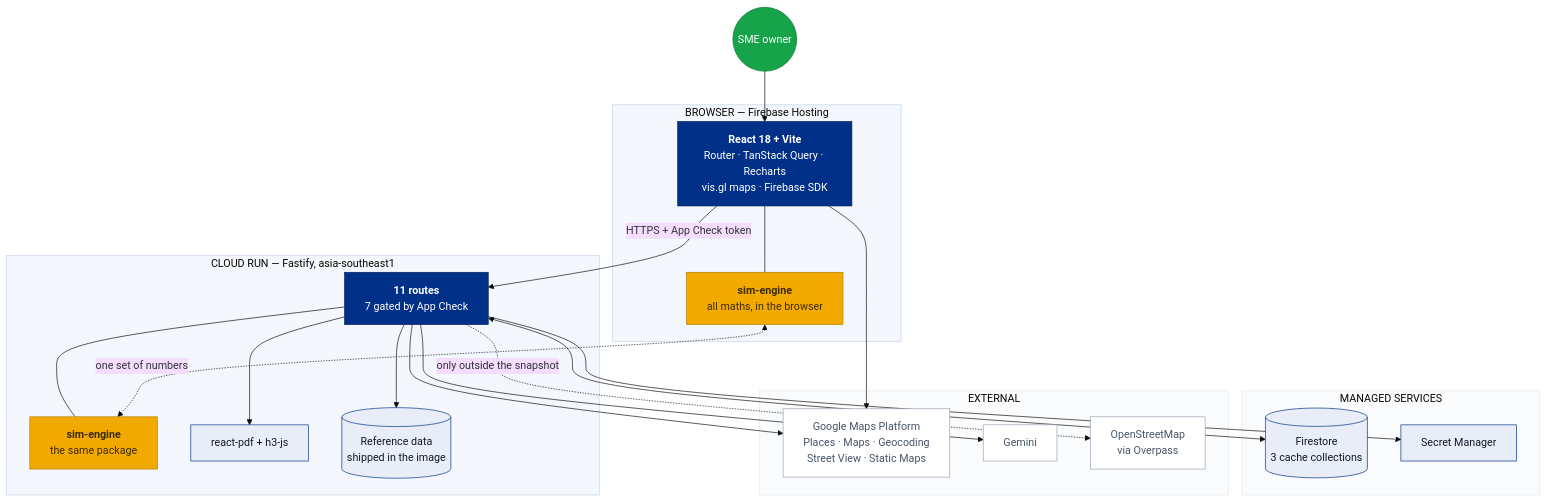
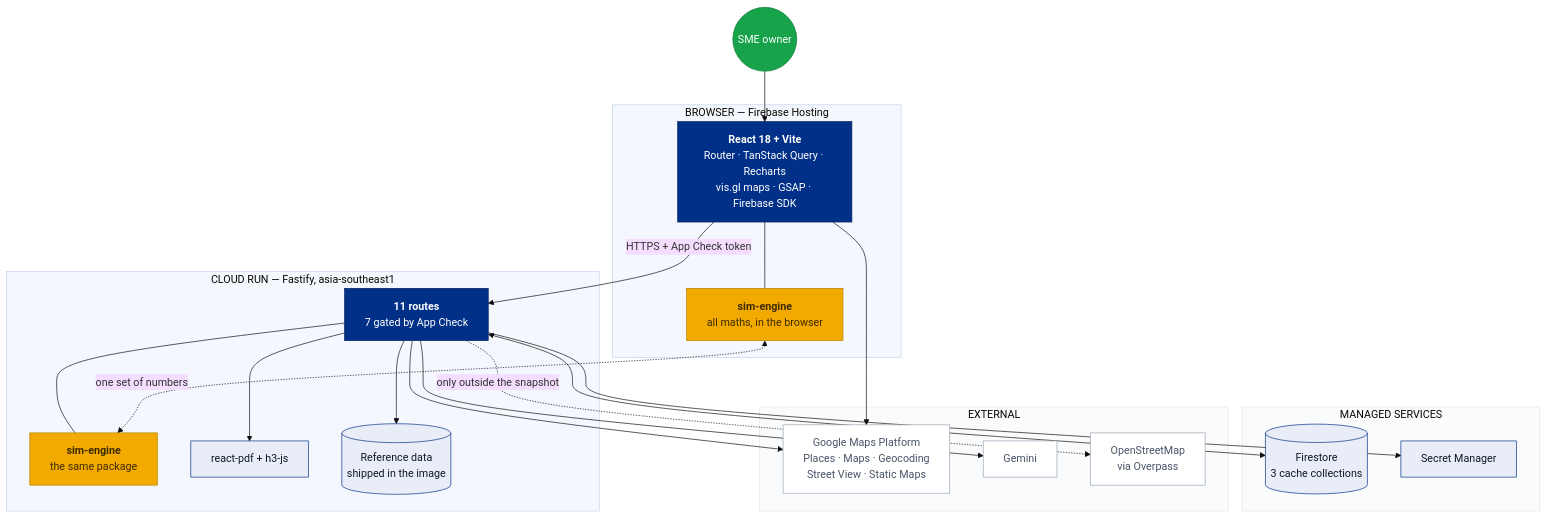
One commit to HAIZ4D/spotential changed the first of 2 diagrams in README.md. Above: the diagram before and after it, drawn with Mermaid (base theme). The commit also changed other lines of this file and 102 other files, not shown here.

````diff
--- a/README.md
+++ b/README.md
@@ -163,60 +165,60 @@
 ```mermaid
 flowchart TB
     User(("SME owner"))
 
     subgraph Client["BROWSER — Firebase Hosting"]
-        Web["<b>React 18 + Vite</b><br/>Router · TanStack Query · Recharts<br/>vis.gl maps · Firebase SDK"]
+        Web["<b>React 18 + Vite</b><br/>Router · TanStack Query · Recharts<br/>vis.gl maps · GSAP · Firebase SDK"]
         EngineA["<b>sim-engine</b><br/>all maths, in the browser"]
     end
 
     subgraph Run["CLOUD RUN — Fastify, asia-southeast1"]
         API["<b>11 routes</b><br/>7 gated by App Check"]
         EngineB["<b>sim-engine</b><br/>the same package"]
         PDF["react-pdf + h3-js"]
         RefData[("Reference data<br/>shipped in the image")]
     end
 
     subgraph Data["MANAGED SERVICES"]
         FS[("Firestore<br/>3 cache collections")]
         SM["Secret Manager"]
     end
 
     subgraph Ext["EXTERNAL"]
         GMP["Google Maps Platform<br/>Places · Maps · Geocoding<br/>Street View · Static Maps"]
         Gemini["Gemini"]
         OSM["OpenStreetMap<br/>via Overpass"]
     end
 
     User --> Web
     Web --- EngineA
     Web -->|"HTTPS + App Check token"| API
     Web --> GMP
 
     API --- EngineB
     API --> PDF
     API --> RefData
     API <--> FS
     API --> SM
     API --> GMP
     API --> Gemini
     API -.->|"only outside the snapshot"| OSM
 
     EngineA <-.->|"one set of numbers"| EngineB
 
     classDef brand fill:#003087,stroke:#00205c,color:#ffffff
     classDef accent fill:#F2A900,stroke:#b57f00,color:#3d2b00
     classDef store fill:#e8edf7,stroke:#003087,color:#101828
     classDef ext fill:#ffffff,stroke:#98a2b3,color:#475467
     classDef person fill:#16A34A,stroke:#0f7a34,color:#ffffff
 
     class Web,API brand
     class EngineA,EngineB accent
     class FS,SM,RefData,PDF store
     class GMP,Gemini,OSM ext
     class User person
 
     style Client fill:#f4f7fd,stroke:#c7d3ea
     style Run fill:#f4f7fd,stroke:#c7d3ea
     style Data fill:#fafbfc,stroke:#e4e7ec
     style Ext fill:#fafbfc,stroke:#e4e7ec
 ```
````
